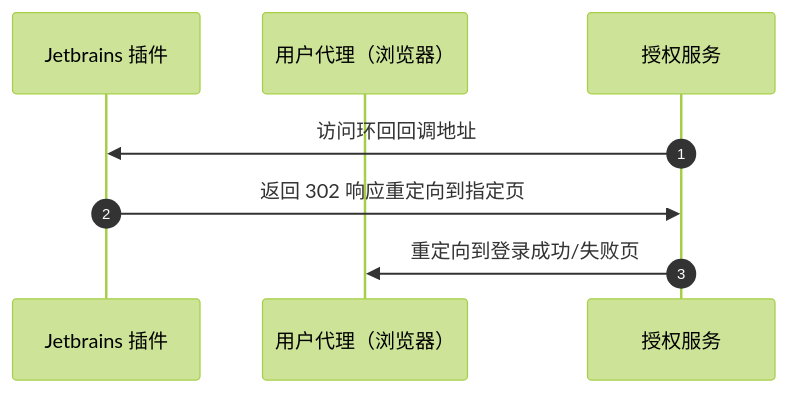
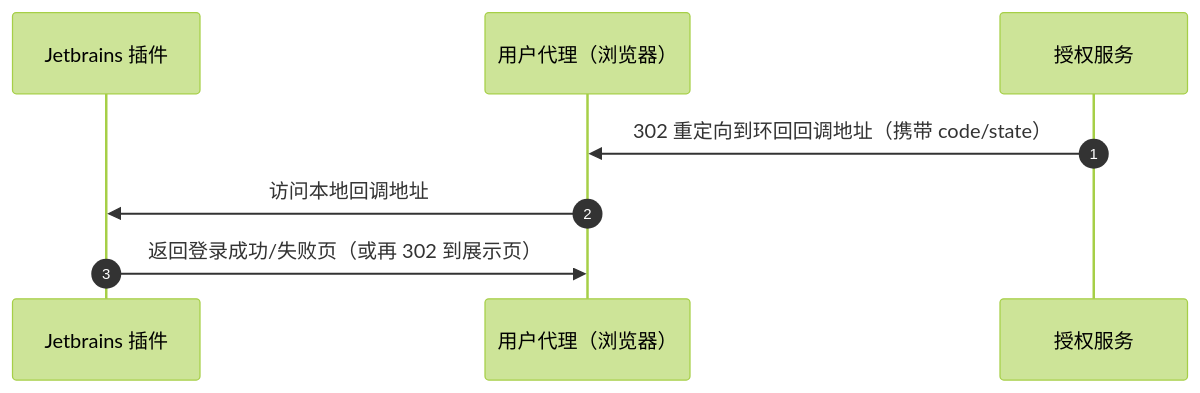
Before and after one commit to CloudyAnt/CloudyAnt.github.io: the second of 3 diagrams in source/_posts/OAuth2AuthCodeWorkflow.md, drawn with Mermaid (forest theme). The commit also changed other lines of this file and 1 other file, not shown here.

````diff
--- a/source/_posts/OAuth2AuthCodeWorkflow.md
+++ b/source/_posts/OAuth2AuthCodeWorkflow.md
@@ -64,12 +64,12 @@
  ```mermaid
  sequenceDiagram
     autonumber
     participant c as Jetbrains 插件
     participant ua as 用户代理（浏览器）
     participant a as 授权服务
 
-    a ->> c: 访问环回回调地址
-    c ->> a: 返回 302 响应重定向到指定页
-    a ->> ua: 重定向到登录成功/失败页
+    a ->> ua: 302 重定向到环回回调地址（携带 code/state）
+    ua ->> c: 访问本地回调地址
+    c ->> ua: 返回登录成功/失败页（或再 302 到展示页）
 
  ```
````
